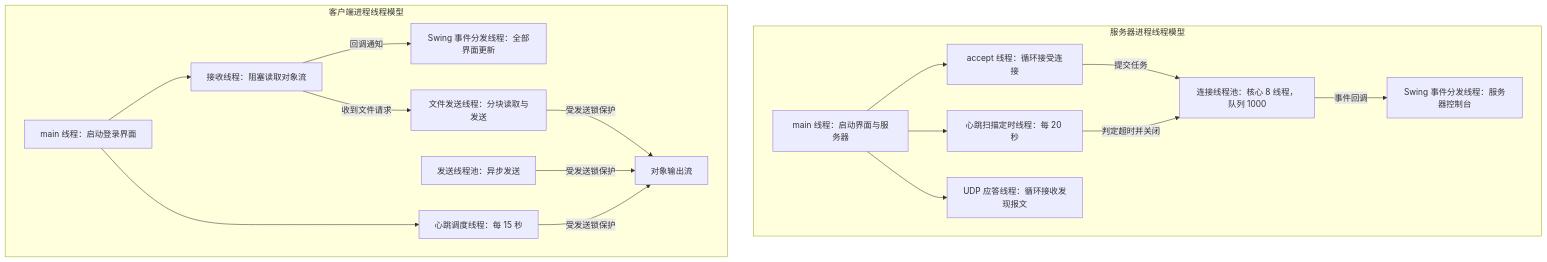
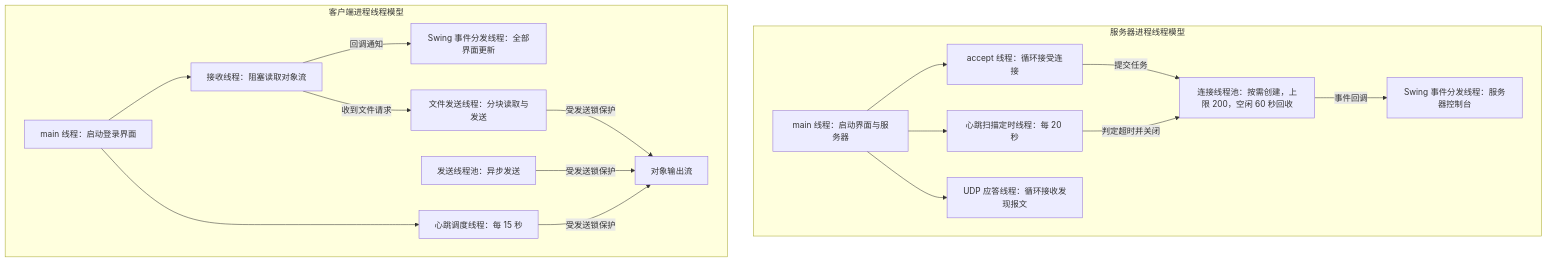
Before and after one commit to FeiTwnd/lanchat: the eighth of 12 diagrams in docs/report/课程设计报告.md, drawn with Mermaid. The commit also changed other lines of this file and 9 other files, not shown here.

````diff
--- a/docs/report/课程设计报告.md
+++ b/docs/report/课程设计报告.md
@@ -623,33 +629,33 @@
 ```mermaid
 flowchart TB
     subgraph SRV["服务器进程线程模型"]
         MAIN["main 线程：启动界面与服务器"]
         ACCEPT["accept 线程：循环接受连接"]
-        POOL["连接线程池：核心 8 线程，队列 1000"]
+        POOL["连接线程池：按需创建，上限 200，空闲 60 秒回收"]
         SCAN["心跳扫描定时线程：每 20 秒"]
         UDPT["UDP 应答线程：循环接收发现报文"]
         EDT_S["Swing 事件分发线程：服务器控制台"]
         MAIN --> ACCEPT
         ACCEPT -->|"提交任务"| POOL
         MAIN --> SCAN
         MAIN --> UDPT
         SCAN -->|"判定超时并关闭"| POOL
         POOL -->|"事件回调"| EDT_S
     end
 
     subgraph CLI["客户端进程线程模型"]
         MAIN_C["main 线程：启动登录界面"]
         RECV["接收线程：阻塞读取对象流"]
         SEND["发送线程池：异步发送"]
         BEAT["心跳调度线程：每 15 秒"]
         FILE["文件发送线程：分块读取与发送"]
         EDT_C["Swing 事件分发线程：全部界面更新"]
         MAIN_C --> RECV
         MAIN_C --> BEAT
         RECV -->|"回调通知"| EDT_C
         SEND -->|"受发送锁保护"| OUT["对象输出流"]
         BEAT -->|"受发送锁保护"| OUT
         FILE -->|"受发送锁保护"| OUT
         RECV -->|"收到文件请求"| FILE
     end
 ```
````
